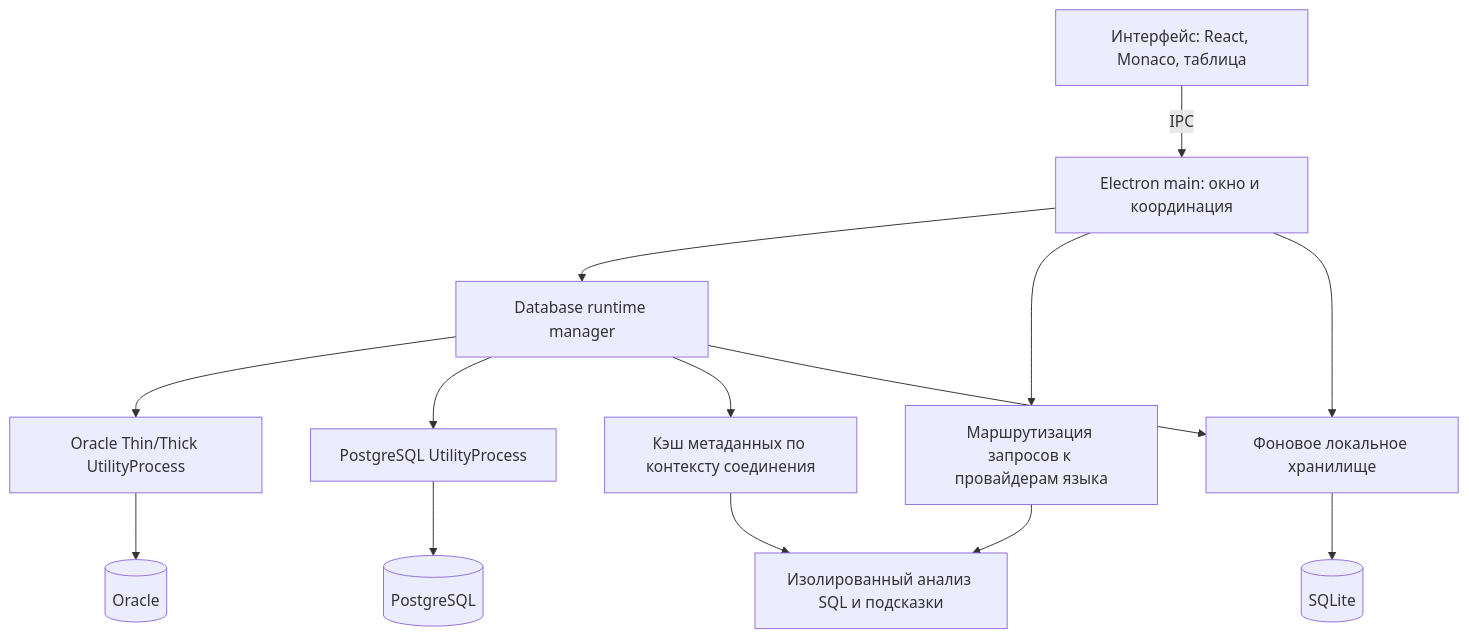
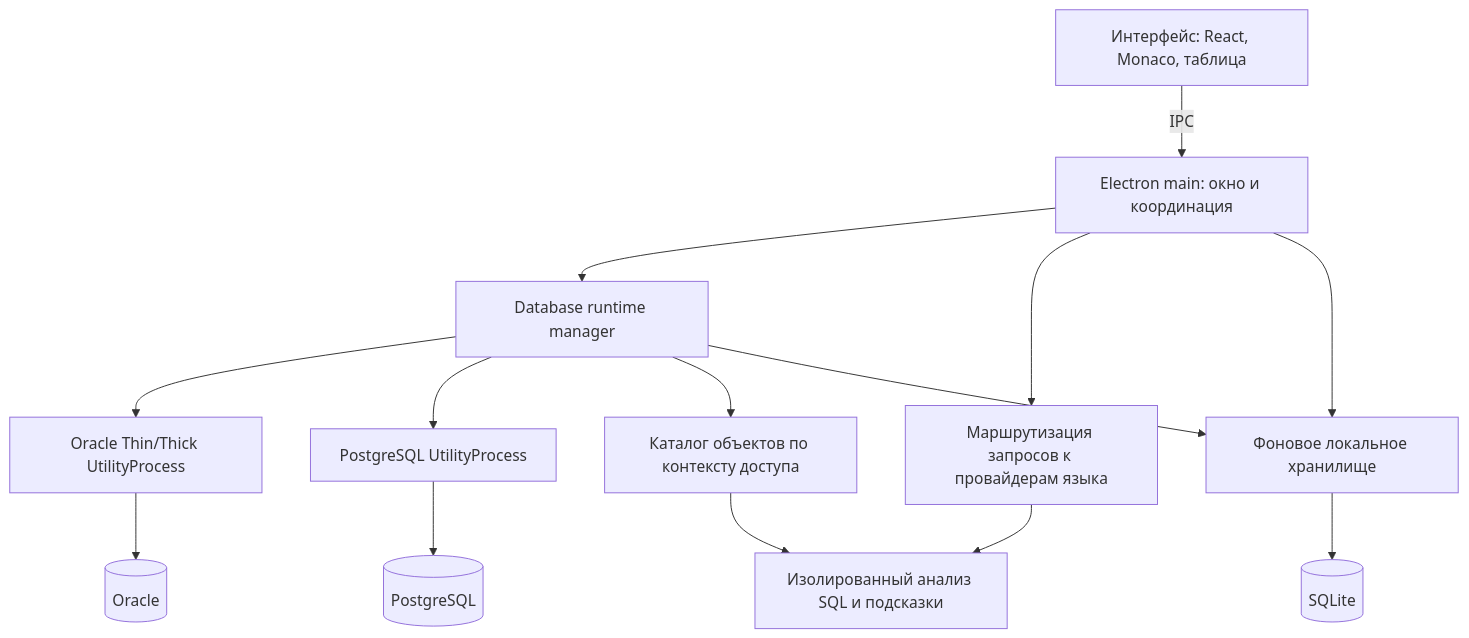
The diagram in docs/architecture.md (akron2/SQLExplorer), drawn with Mermaid before and after one commit. The commit also changed other lines of this file and 56 other files, not shown here.

````diff
--- a/docs/architecture.md
+++ b/docs/architecture.md
@@ -74,16 +76,16 @@
 ```mermaid
 flowchart TD
     UI["Интерфейс: React, Monaco, таблица"] -->|"IPC"| Main["Electron main: окно и координация"]
     Main --> DB["Database runtime manager"]
     DB --> OA["Oracle Thin/Thick UtilityProcess"]
     DB --> PA["PostgreSQL UtilityProcess"]
     OA --> Oracle[(Oracle)]
     PA --> Postgres[(PostgreSQL)]
     Main --> Language["Маршрутизация запросов к провайдерам языка"]
     Language --> Provider["Изолированный анализ SQL и подсказки"]
-    DB --> Metadata["Кэш метаданных по контексту соединения"]
+    DB --> Metadata["Каталог объектов по контексту доступа"]
     Metadata --> Provider
     Main --> Storage["Фоновое локальное хранилище"]
     DB --> Storage
     Storage --> SQLite[(SQLite)]
 ```
````
